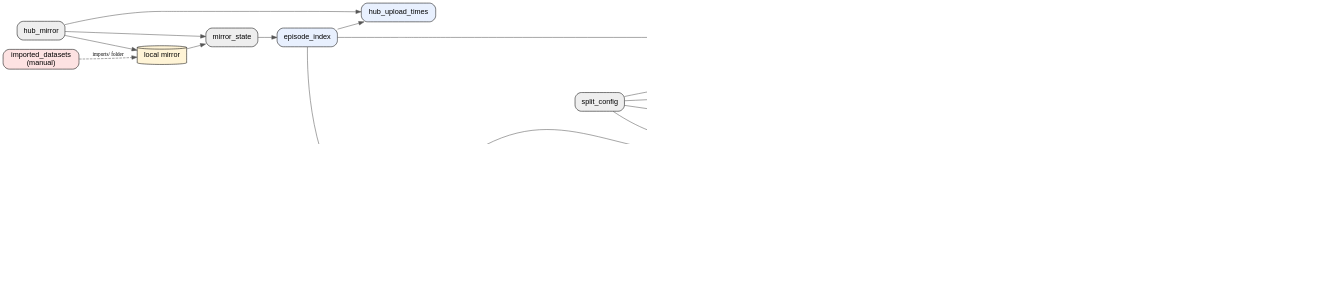
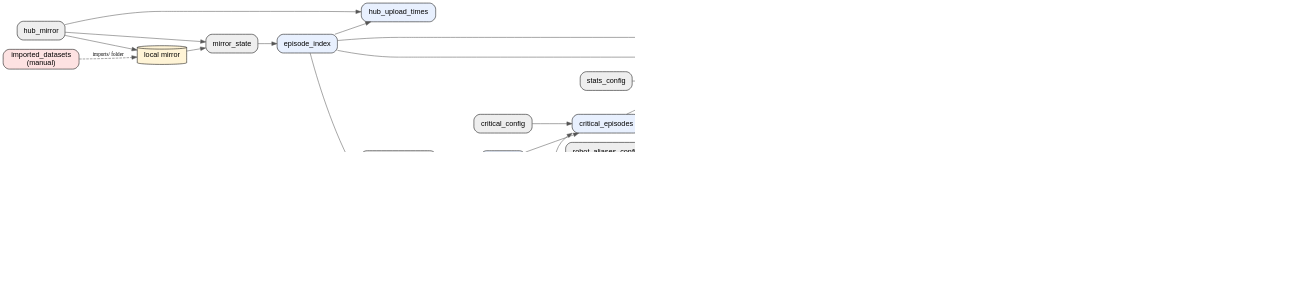
Before and after one commit to oopsie-data/oopsie-backend: the diagram in docs/images/pipeline.dot, drawn with Graphviz. The commit also changed 40 other files, not shown here.

```diff
--- a/docs/images/pipeline.dot
+++ b/docs/images/pipeline.dot
@@ -1,34 +1,34 @@
 digraph pipeline {
   rankdir=LR; dpi=150;
   node [shape=box, style="rounded,filled", fillcolor="#e8f0fe", fontname="Helvetica"];
   edge [color="#555555"];
   mirror [label="local mirror", shape=cylinder, fillcolor="#fff4d6"];
   node [fillcolor="#eeeeee"];
-  hub_mirror; mirror_state; camera_names_config; embodiments_config; policies_config; qa_check_versions; critical_config; stats_config; split_config; annotation_state; annotation_flags_config; training_recipe_state; analysis_config;
+  hub_mirror; mirror_state; camera_names_config; embodiments_config; policies_config; qa_check_versions; critical_config; stats_config; split_config; robot_aliases_config; annotation_roster; annotation_state; annotation_flags_config; training_recipe_state; analysis_config;
   node [fillcolor="#fde2e2"];
   imported_datasets [label="imported_datasets\n(manual)"]; training_data [label="training_data\n(manual)"]; dataset_analysis [label="dataset_analysis\n(manual)"];
   node [fillcolor="#e8f0fe"];
   hub_mirror -> mirror; hub_mirror -> mirror_state; mirror -> mirror_state;
   mirror_state -> episode_index;
   hub_mirror -> hub_upload_times; episode_index -> hub_upload_times;
   episode_index -> duplicate_episodes;
   duplicate_episodes -> unified_camera_names; camera_names_config -> unified_camera_names;
   duplicate_episodes -> unified_embodiments; embodiments_config -> unified_embodiments;
   duplicate_episodes -> unified_policies; policies_config -> unified_policies;
   duplicate_episodes -> duplicate_videos;
   duplicate_episodes -> qa_results; qa_check_versions -> qa_results;
   duplicate_videos -> critical_episodes; qa_results -> critical_episodes; critical_config -> critical_episodes;
   critical_episodes -> stats; stats_config -> stats;
   critical_episodes -> eval_proposals;
-  split_config -> eval_proposals; split_config -> chosen_proposal; split_config -> train_sample; split_config -> annotator_assignments;
+  split_config -> eval_proposals; robot_aliases_config -> eval_proposals; split_config -> chosen_proposal; split_config -> train_sample; split_config -> annotation_bundles;
   eval_proposals -> chosen_proposal;
-  chosen_proposal -> eval_split; chosen_proposal -> train_sample; chosen_proposal -> annotator_assignments;
-  train_sample -> annotator_assignments;
-  annotator_assignments -> annotation_columns; annotation_state -> annotation_columns;
+  chosen_proposal -> eval_split; episode_index -> eval_split; chosen_proposal -> train_sample; chosen_proposal -> annotation_bundles;
+  train_sample -> annotation_bundles; annotation_roster -> annotation_bundles;
+  annotation_bundles -> annotation_columns; annotation_state -> annotation_columns;
   annotation_columns -> annotation_flags; episode_index -> annotation_flags; annotation_flags_config -> annotation_flags;
   imported_datasets -> mirror [style=dashed, label="imports/ folder", fontsize=10];
   critical_episodes -> training_data; eval_split -> training_data; annotation_flags -> training_data;
   unified_camera_names -> training_data; training_recipe_state -> training_data;
   critical_episodes -> dataset_analysis; annotation_flags -> dataset_analysis; unified_camera_names -> dataset_analysis; unified_embodiments -> dataset_analysis;
   unified_policies -> dataset_analysis; analysis_config -> dataset_analysis;
 }
```
